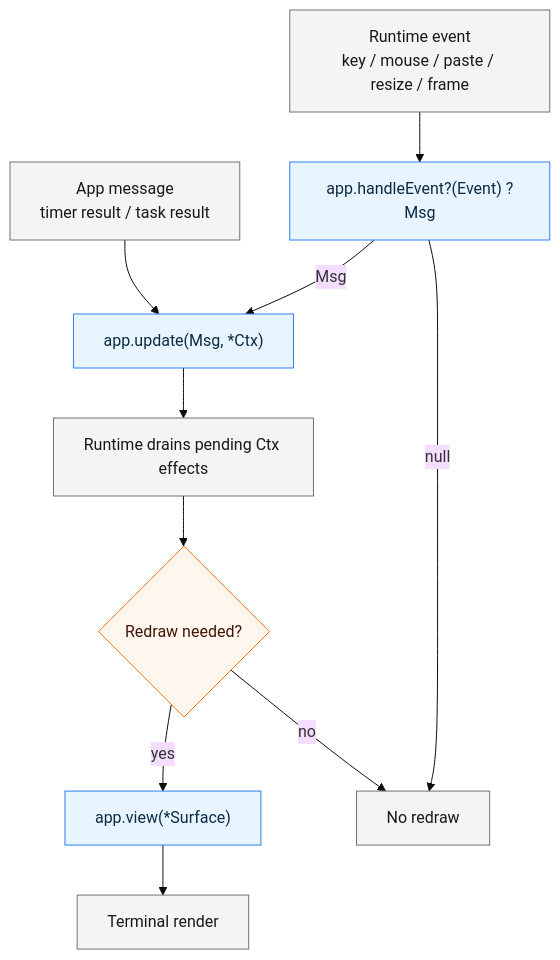
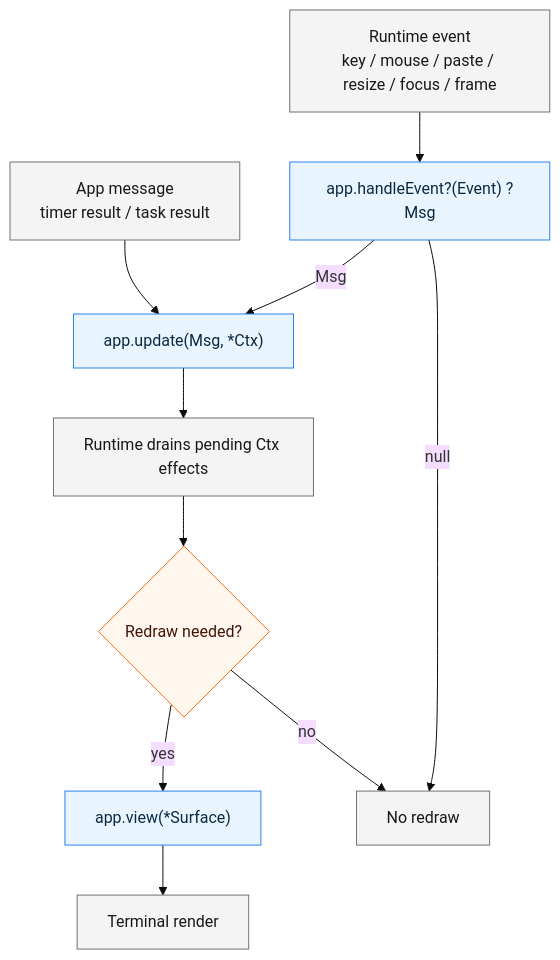
Before and after one commit to hiroaqii/chasen: the diagram in README.md, drawn with Mermaid (base theme). The commit also changed other lines of this file and 1 other file, not shown here.

````diff
--- a/README.md
+++ b/README.md
@@ -131,30 +149,30 @@
 ```mermaid
 flowchart TD
-    Event["Runtime event<br/>key / mouse / paste / resize / frame"]
+    Event["Runtime event<br/>key / mouse / paste / resize / focus / frame"]
     RuntimeMsg["App message<br/>timer result / task result"]
     Handle["app.handleEvent?(Event) ?Msg"]
     Update["app.update(Msg, *Ctx)"]
     Effects["Runtime drains pending Ctx effects"]
     NeedRender{"Redraw needed?"}
     View["app.view(*Surface)"]
     Render["Terminal render"]
     Skip["No redraw"]
 
     Event --> Handle
     Handle -->|"Msg"| Update
     Handle -->|"null"| Skip
     RuntimeMsg --> Update
     Update --> Effects
     Effects --> NeedRender
     NeedRender -->|"yes"| View
     View --> Render
     NeedRender -->|"no"| Skip
 
     classDef app fill:#e8f5ff,stroke:#2f80ed,color:#0b2a42;
     classDef runtime fill:#f4f4f5,stroke:#71717a,color:#18181b;
     classDef decision fill:#fff7ed,stroke:#f97316,color:#431407;
 
     class Handle,Update,View app;
     class Event,RuntimeMsg,Effects,Render,Skip runtime;
     class NeedRender decision;
 ```
````
